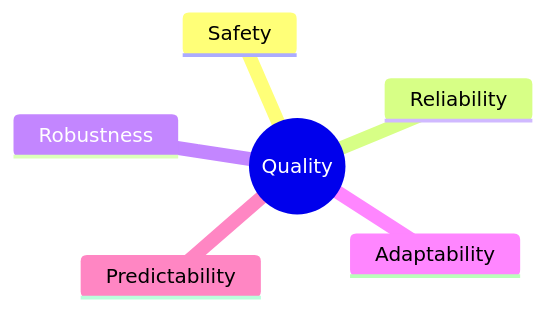
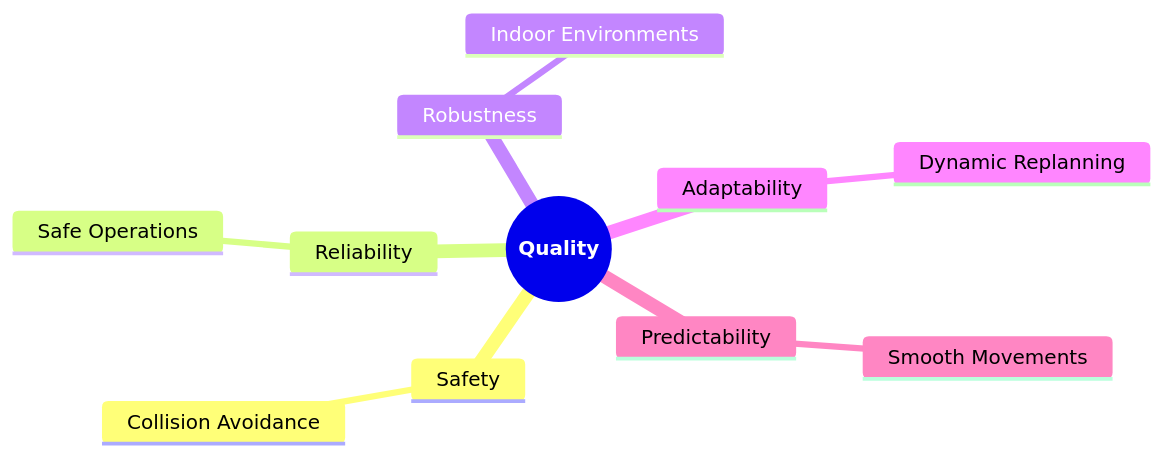
One commit to una-auxme/arlab changed the fifth of 6 diagrams in doc/10. Quality Requirements.md. Above: the diagram before and after it, drawn with Mermaid. The commit also changed other lines of this file, not shown here.

Commit message:
'Updated 10. Quality Requirements.md' - worked on new szenarios, worked on graphs, worked on tables. Adapted everything to the new information.

````diff
--- a/doc/10. Quality Requirements.md
+++ b/doc/10. Quality Requirements.md
@@ -117,9 +164,14 @@
 ```mermaid
 mindmap
-  root((Quality))
+  root((**Quality**))
     Safety
+      Collision Avoidance
     Reliability
+      Safe Operations 
     Robustness
+      Indoor Environments
     Adaptability
+      Dynamic Replanning
     Predictability
+      Smooth Movements
 ```
````
